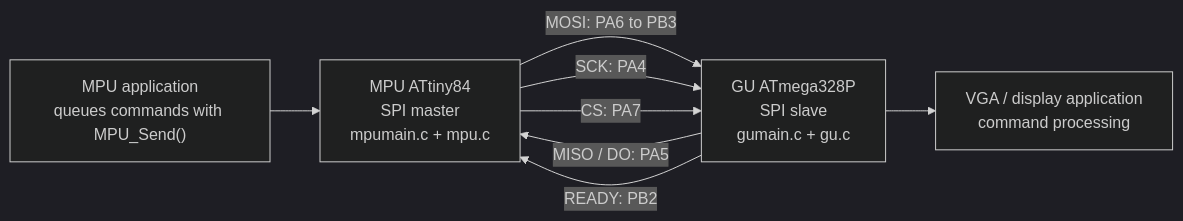
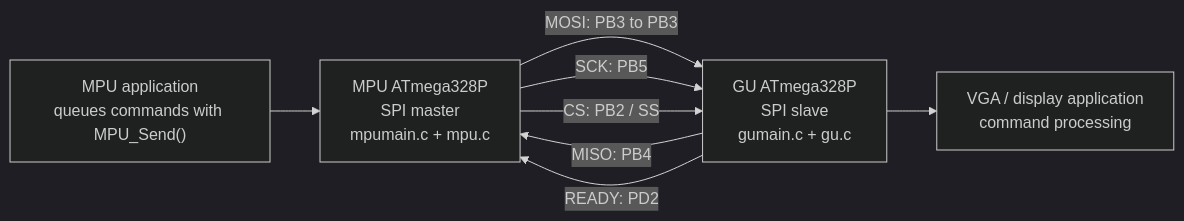
The diagram in README.md (babak2000ir/avr-mpu-gpu), drawn with Mermaid (dark theme) before and after one commit. The commit also changed other lines of this file and 5 other files, not shown here.

````diff
--- a/README.md
+++ b/README.md
@@ -27,10 +29,10 @@
 ```mermaid
 flowchart LR
-   D["MPU application<br/>queues commands with MPU_Send()"] --> A["MPU ATtiny84<br/>SPI master<br/>mpumain.c + mpu.c"]
-   A -->|MOSI: PA6 to PB3| B["GU ATmega328P<br/>SPI slave<br/>gumain.c + gu.c"]
-    B -->|MISO / DO: PA5| A
-    A -->|SCK: PA4| B
-    A -->|CS: PA7| B
-   B -->|READY: PB2| A
+   D["MPU application<br/>queues commands with MPU_Send()"] --> A["MPU ATmega328P<br/>SPI master<br/>mpumain.c + mpu.c"]
+   A -->|MOSI: PB3 to PB3| B["GU ATmega328P<br/>SPI slave<br/>gumain.c + gu.c"]
+    B -->|MISO: PB4| A
+    A -->|SCK: PB5| B
+    A -->|CS: PB2 / SS| B
+   B -->|READY: PD2| A
    B --> C["VGA / display application<br/>command processing"]
 ```
````
